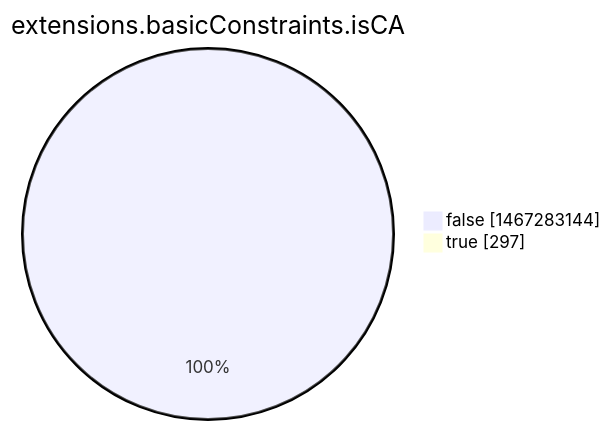
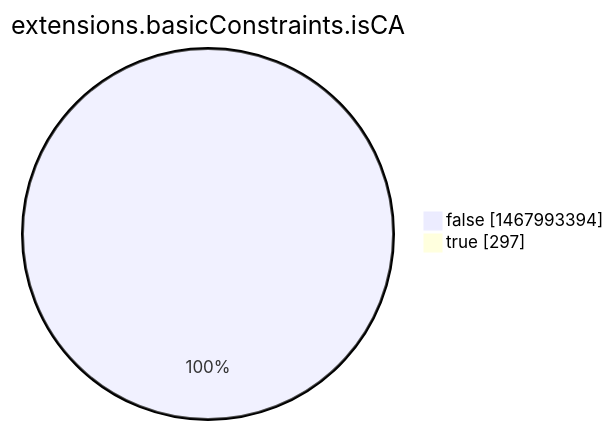
The eighth of 15 diagrams in argon2022/README.md (christiankrug/ctmonitor_visualization), drawn with Mermaid before and after one commit. The commit also changed other lines of this file, not shown here.

````diff
--- a/argon2022/README.md
+++ b/argon2022/README.md
@@ -2760,6 +2760,6 @@
 ```mermaid
 pie showData
 title extensions.basicConstraints.isCA
-"false" :1467283144
+"false" :1467993394
 "true" :297
 ```
````
